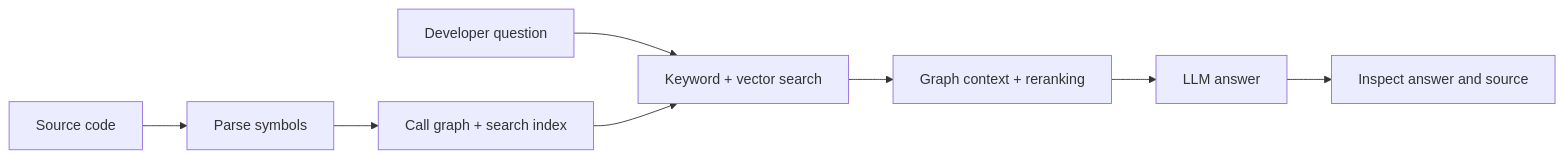
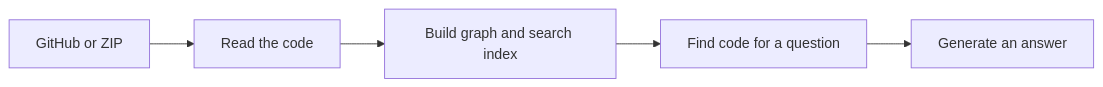
Before and after one commit to YashJain2410/CodeSage: the diagram in README.md, drawn with Mermaid. The commit also changed other lines of this file and 13 other files, not shown here.

Commit message:
Fixed architecture and documentation

````diff
--- a/README.md
+++ b/README.md
@@ -36,10 +7,7 @@
 ```mermaid
 flowchart LR
-    A[Source code] --> B[Parse symbols]
-    B --> C[Call graph + search index]
-    Q[Developer question] --> D[Keyword + vector search]
-    C --> D
-    D --> E[Graph context + reranking]
-    E --> F[LLM answer]
-    F --> G[Inspect answer and source]
+    A[GitHub or ZIP] --> B[Read the code]
+    B --> C[Build graph and search index]
+    C --> D[Find code for a question]
+    D --> E[Generate an answer]
 ```
````
